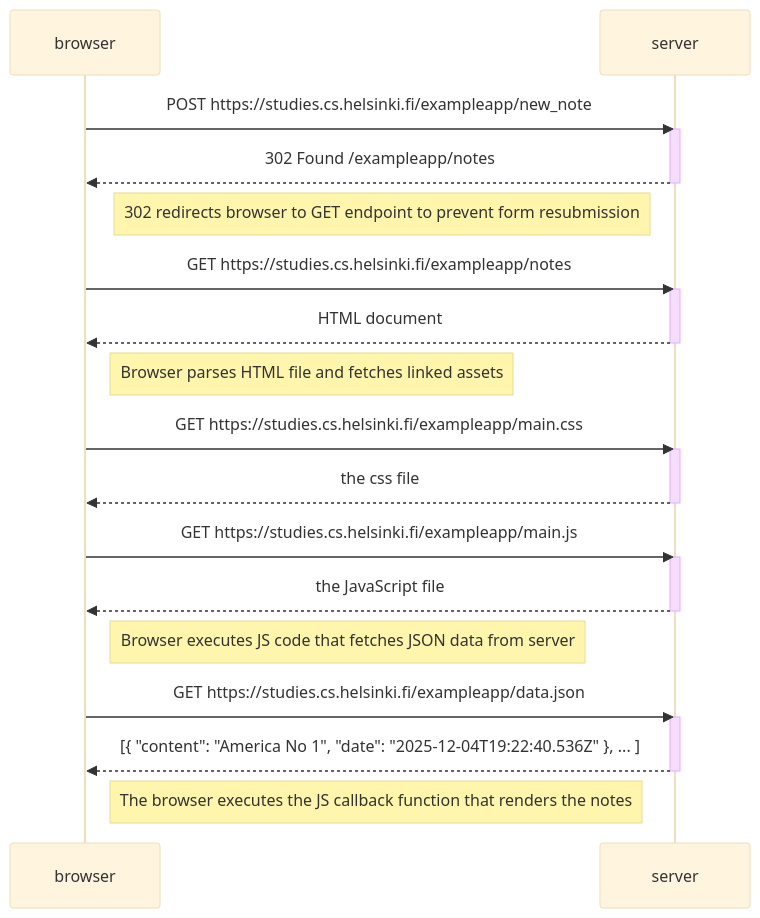
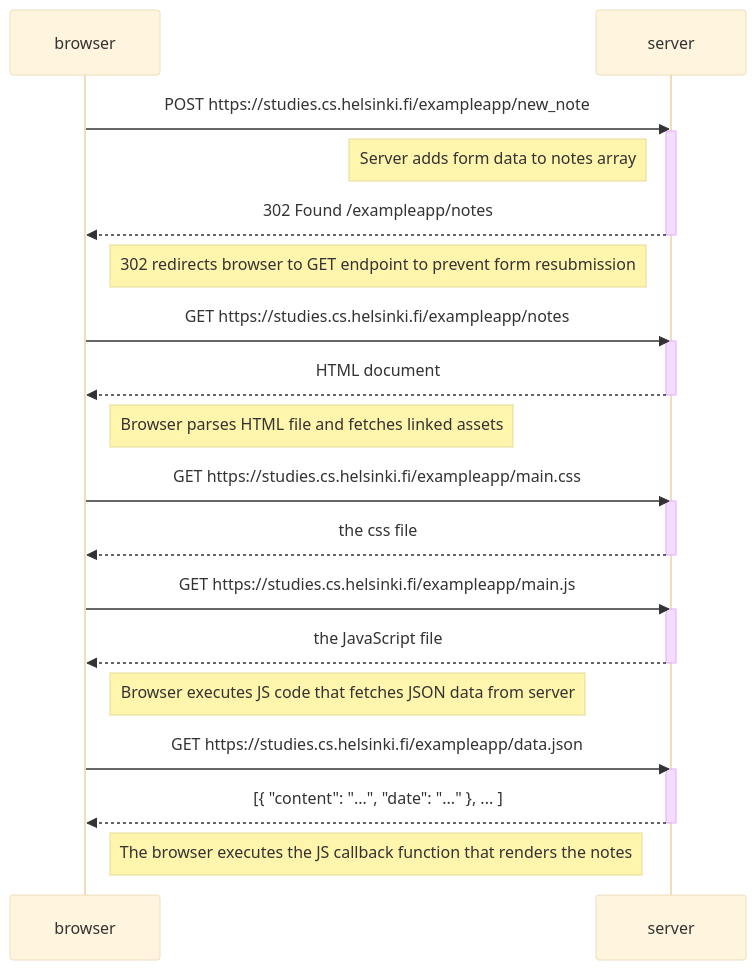
Before and after one commit to jeem203/Full-Stack-Open: the diagram in part0/ex4-new-note-diagram.md, drawn with Mermaid (base theme). The commit also changed 1 other file, not shown here.

Commit message:
Update solutions to exercises 0.4 and 0.6

````diff
--- a/part0/ex4-new-note-diagram.md
+++ b/part0/ex4-new-note-diagram.md
@@ -5,34 +5,35 @@
 ```mermaid
 sequenceDiagram
     participant browser
     participant server
 
     browser->>server: POST https://studies.cs.helsinki.fi/exampleapp/new_note
     activate server
+    Note left of server: Server adds form data to notes array
     server-->>browser: 302 Found /exampleapp/notes
     deactivate server
-    Note left of server: 302 redirects browser to GET endpoint to prevent form resubmission
+    Note right of browser: 302 redirects browser to GET endpoint to prevent form resubmission
 
     browser->>server: GET https://studies.cs.helsinki.fi/exampleapp/notes
     activate server
     server-->>browser: HTML document
     deactivate server
     Note right of browser: Browser parses HTML file and fetches linked assets
 
     browser->>server: GET https://studies.cs.helsinki.fi/exampleapp/main.css
     activate server
     server-->>browser: the css file
     deactivate server
 
     browser->>server: GET https://studies.cs.helsinki.fi/exampleapp/main.js
     activate server
     server-->>browser: the JavaScript file
     deactivate server
     Note right of browser: Browser executes JS code that fetches JSON data from server
 
     browser->>server: GET https://studies.cs.helsinki.fi/exampleapp/data.json
     activate server
-    server-->>browser: [{ "content": "America No 1", "date": "2025-12-04T19:22:40.536Z" }, ... ]
+    server-->>browser: [{ "content": "...", "date": "..." }, ... ]
     deactivate server
     Note right of browser: The browser executes the JS callback function that renders the notes
 ```
````
